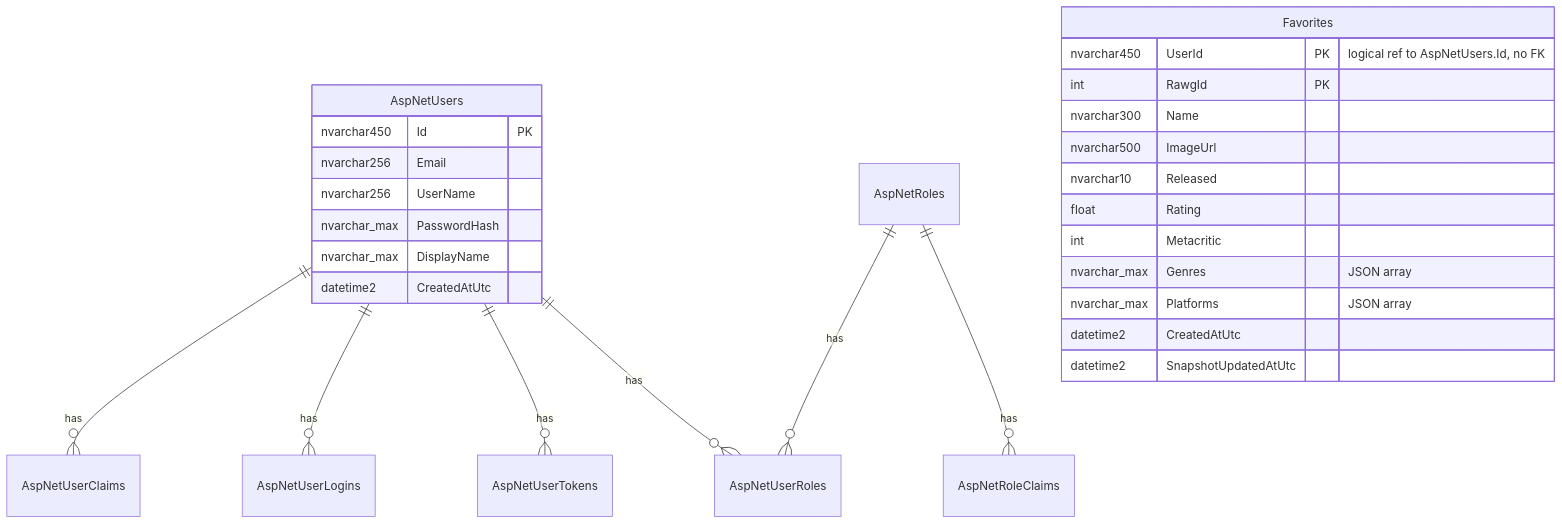
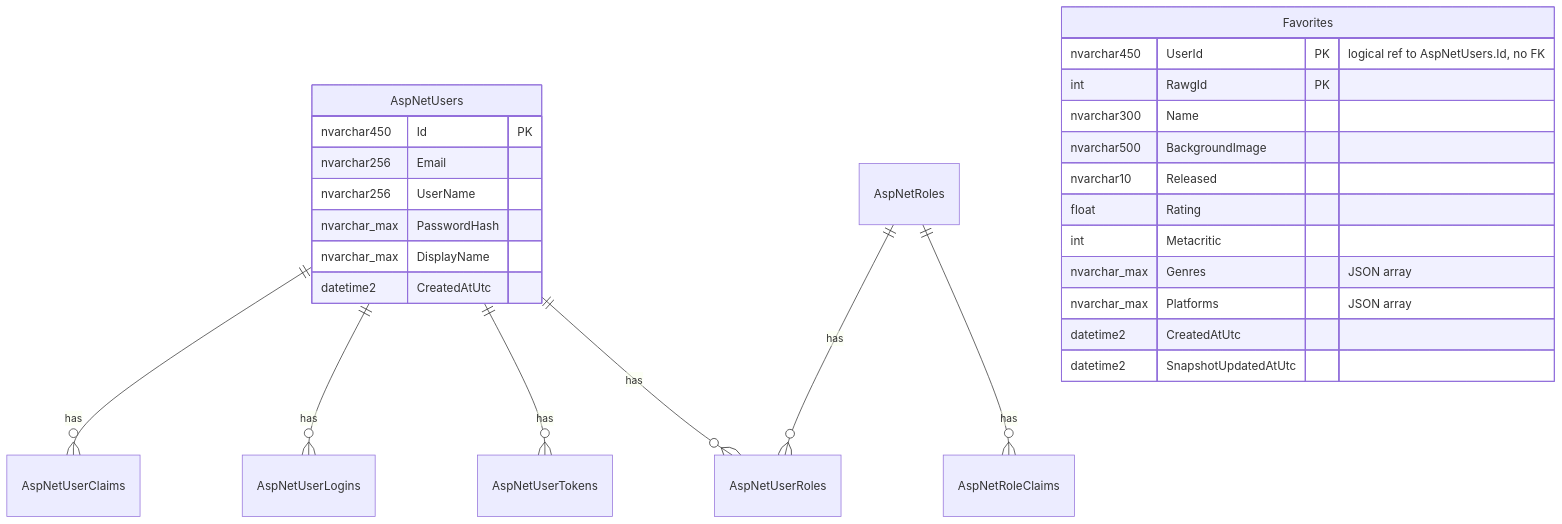
Before and after one commit to Terranova-hackathon/terranova: the diagram in docs/DATABASE.md, drawn with Mermaid. The commit also changed other lines of this file and 2 other files, not shown here.

````diff
--- a/docs/DATABASE.md
+++ b/docs/DATABASE.md
@@ -15,30 +15,30 @@
 ```mermaid
 erDiagram
     AspNetUsers ||--o{ AspNetUserClaims : has
     AspNetUsers ||--o{ AspNetUserLogins : has
     AspNetUsers ||--o{ AspNetUserTokens : has
     AspNetUsers ||--o{ AspNetUserRoles : has
     AspNetRoles ||--o{ AspNetUserRoles : has
     AspNetRoles ||--o{ AspNetRoleClaims : has
     AspNetUsers {
         nvarchar450 Id PK
         nvarchar256 Email
         nvarchar256 UserName
         nvarchar_max PasswordHash
         nvarchar_max DisplayName
         datetime2 CreatedAtUtc
     }
     Favorites {
         nvarchar450 UserId PK "logical ref to AspNetUsers.Id, no FK"
         int RawgId PK
         nvarchar300 Name
-        nvarchar500 ImageUrl
+        nvarchar500 BackgroundImage
         nvarchar10 Released
         float Rating
         int Metacritic
         nvarchar_max Genres "JSON array"
         nvarchar_max Platforms "JSON array"
         datetime2 CreatedAtUtc
         datetime2 SnapshotUpdatedAtUtc
     }
 ```
````
